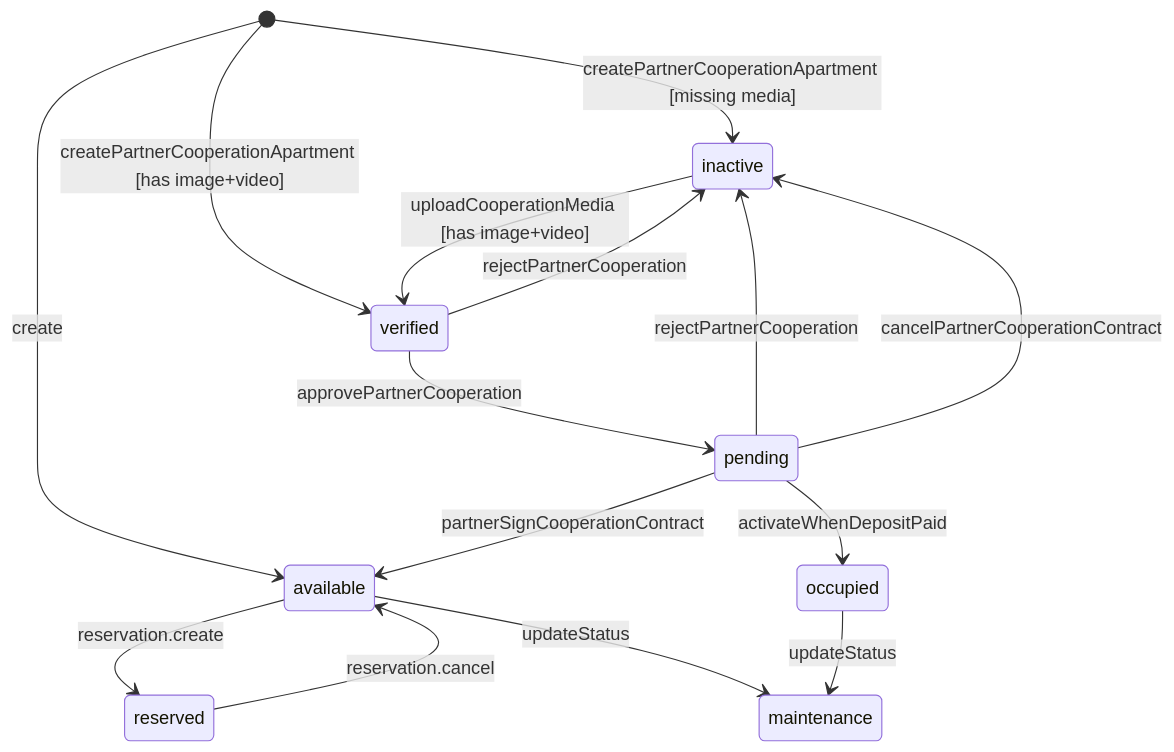
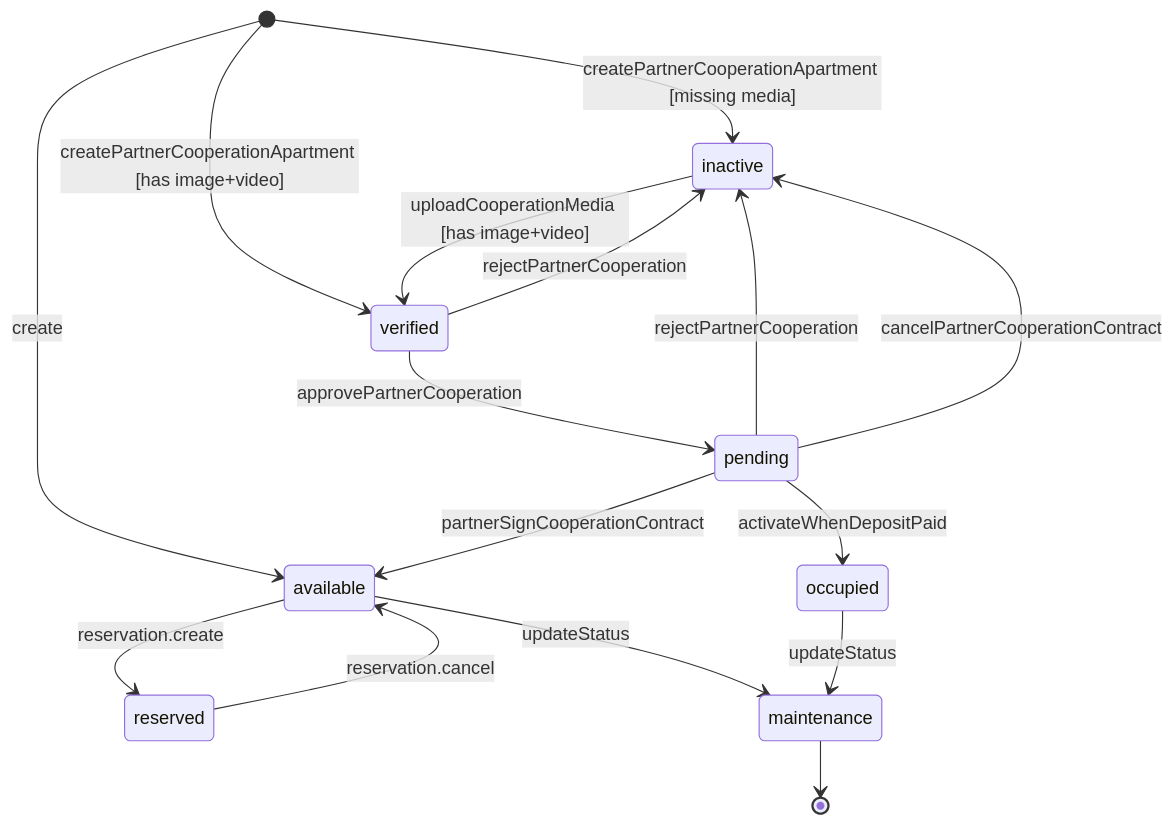
One commit to klong-dev/IntelliServOps changed the first of 21 diagrams in documents/state-machine-catalog.md. Above: the diagram before and after it, drawn with Mermaid. The commit also changed other lines of this file and 8 other files, not shown here.

````diff
--- a/documents/state-machine-catalog.md
+++ b/documents/state-machine-catalog.md
@@ -56,21 +56,22 @@
 ```mermaid
 stateDiagram-v2
     [*] --> available: create
     [*] --> inactive: createPartnerCooperationApartment [missing media]
     [*] --> verified: createPartnerCooperationApartment [has image+video]
 
     available --> reserved: reservation.create
     reserved --> available: reservation.cancel
 
     inactive --> verified: uploadCooperationMedia [has image+video]
     verified --> pending: approvePartnerCooperation
     pending --> available: partnerSignCooperationContract
 
     pending --> inactive: rejectPartnerCooperation
     verified --> inactive: rejectPartnerCooperation
     pending --> inactive: cancelPartnerCooperationContract
 
     pending --> occupied: activateWhenDepositPaid
     available --> maintenance: updateStatus
     occupied --> maintenance: updateStatus
+    maintenance --> [*]
 ```
````
